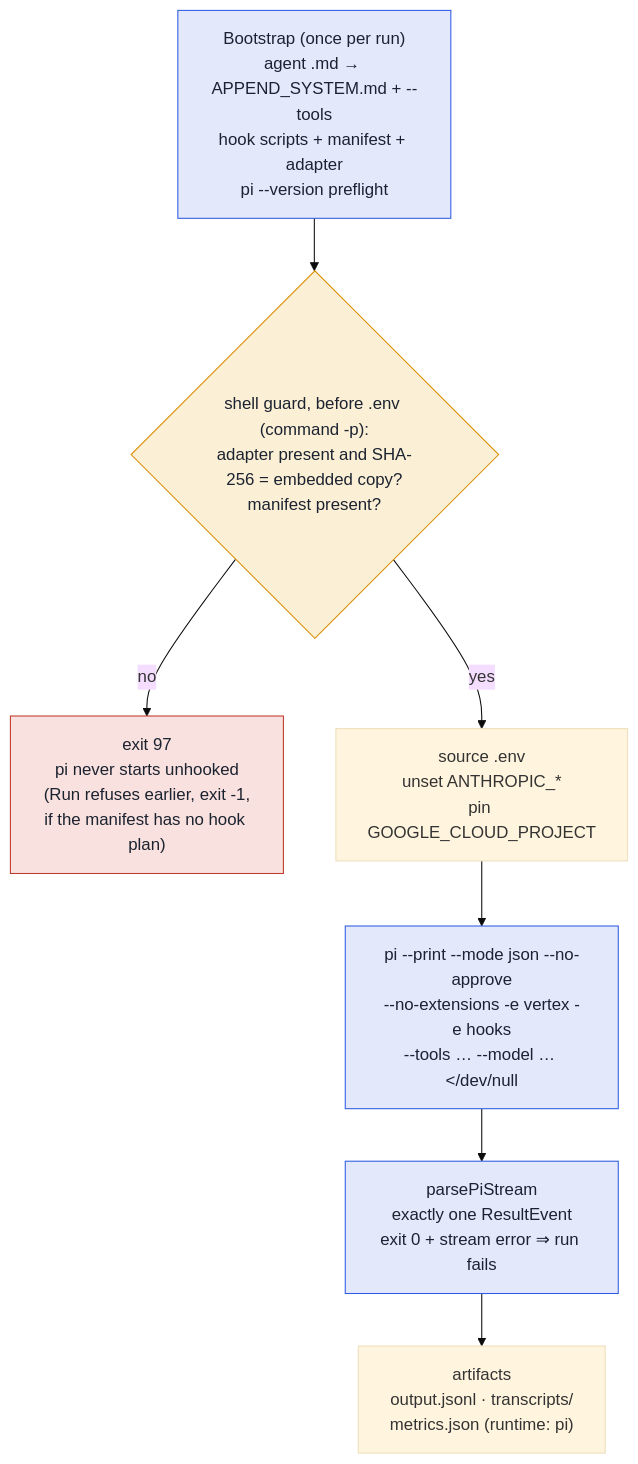
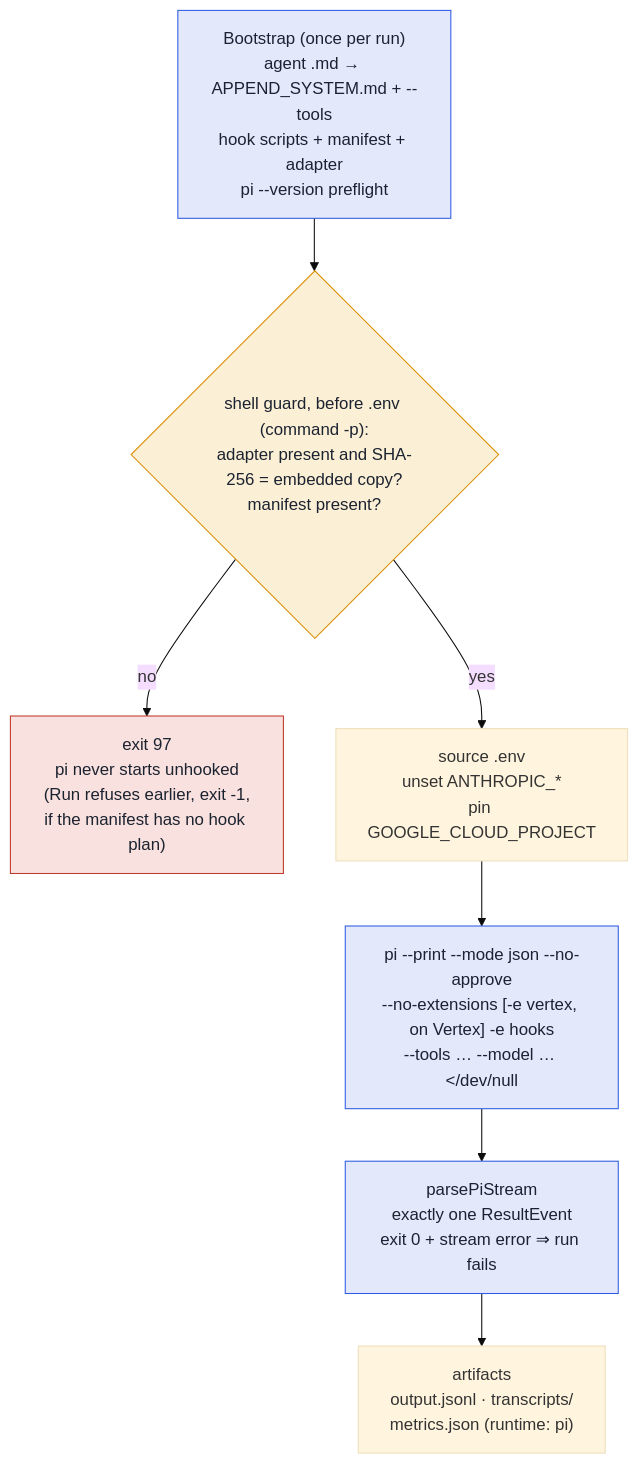
Before and after one commit to Benkapner/fullsend: the third of 3 diagrams in docs/runtimes.md, drawn with Mermaid (base theme). The commit also changed other lines of this file and 4 other files, not shown here.

````diff
--- a/docs/runtimes.md
+++ b/docs/runtimes.md
@@ -267,19 +267,19 @@
 ```mermaid
 flowchart TB
   B["Bootstrap (once per run)\nagent .md → APPEND_SYSTEM.md + --tools\nhook scripts + manifest + adapter\npi --version preflight"]
   G{"shell guard, before .env (command -p):\nadapter present and SHA-256 = embedded copy?\nmanifest present?"}
   X["exit 97\npi never starts unhooked\n(Run refuses earlier, exit -1,\nif the manifest has no hook plan)"]
   E["source .env\nunset ANTHROPIC_*\npin GOOGLE_CLOUD_PROJECT"]
-  P["pi --print --mode json --no-approve\n--no-extensions -e vertex -e hooks\n--tools … --model … #lt;/dev/null"]
+  P["pi --print --mode json --no-approve\n--no-extensions [-e vertex, on Vertex] -e hooks\n--tools … --model … #lt;/dev/null"]
   S["parsePiStream\nexactly one ResultEvent\nexit 0 + stream error ⇒ run fails"]
   A["artifacts\noutput.jsonl · transcripts/\nmetrics.json (runtime: pi)"]
   B --> G
   G -- no --> X
   G -- yes --> E --> P --> S --> A
   classDef guard fill:#fbf0d6,stroke:#d98e04,color:#1b2230;
   classDef bad fill:#f8e1de,stroke:#c0392b,color:#1b2230;
   classDef opt fill:#e3e9fb,stroke:#2d5be3,color:#1b2230;
   class G guard;
   class X bad;
   class B,P,S opt;
 ```
````
